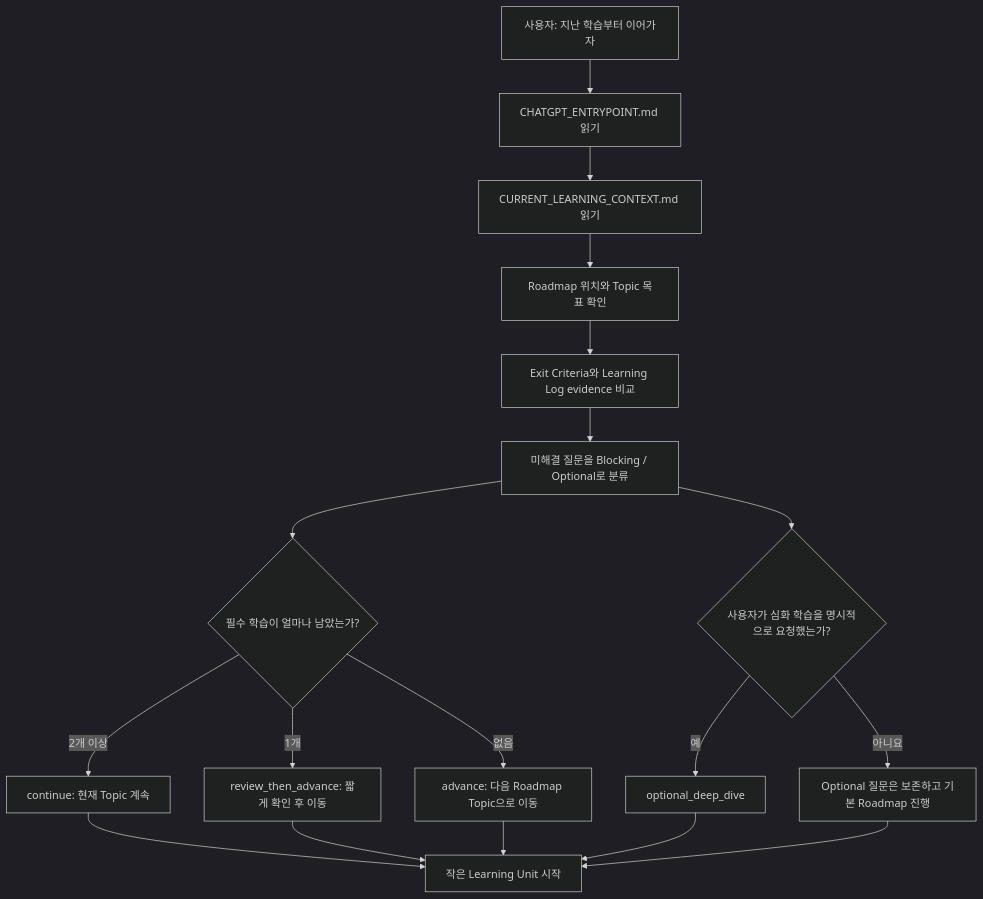
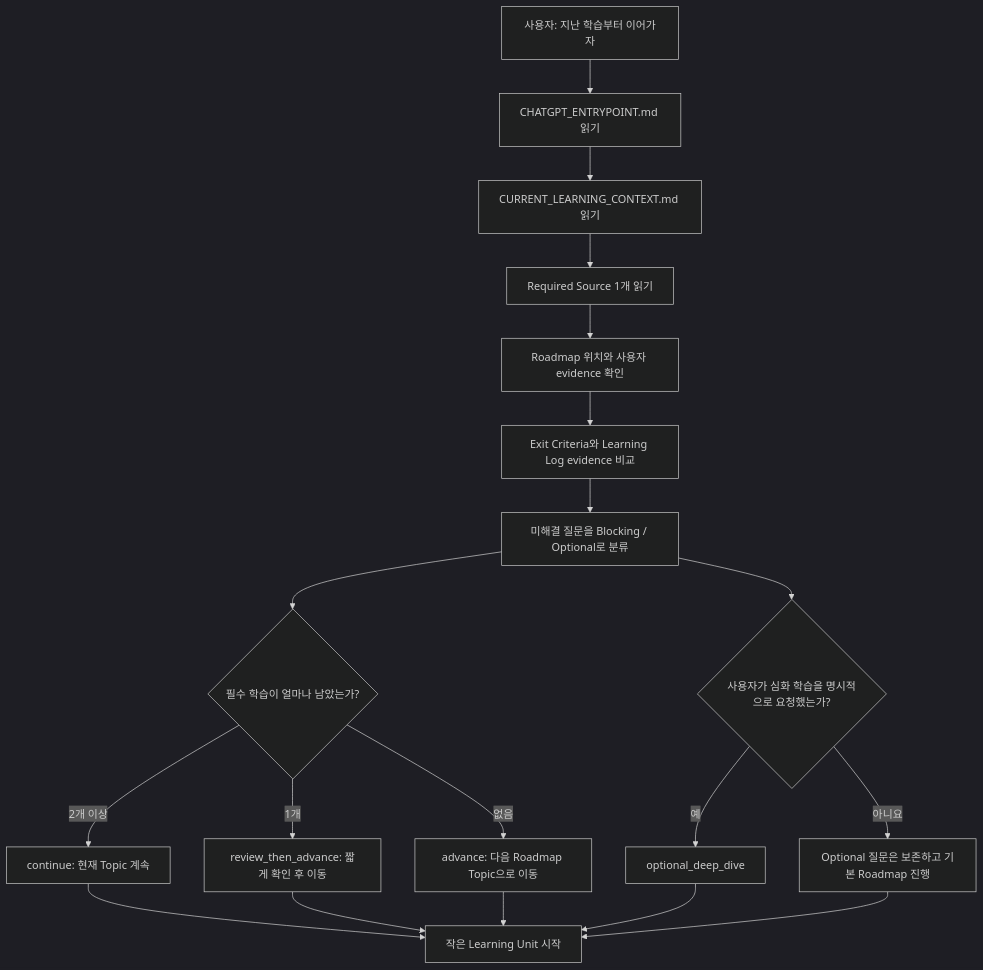
The second of 2 diagrams in README.md (thisisjskim/ai-semiconductor-study), drawn with Mermaid (dark theme) before and after one commit. The commit also changed other lines of this file and 7 other files, not shown here.

````diff
--- a/README.md
+++ b/README.md
@@ -62,20 +62,21 @@
 ```mermaid
 flowchart TD
     A["사용자: 지난 학습부터 이어가자"] --> B["CHATGPT_ENTRYPOINT.md 읽기"]
     B --> C["CURRENT_LEARNING_CONTEXT.md 읽기"]
-    C --> D["Roadmap 위치와 Topic 목표 확인"]
+    C --> C2["Required Source 1개 읽기"]
+    C2 --> D["Roadmap 위치와 사용자 evidence 확인"]
     D --> E["Exit Criteria와 Learning Log evidence 비교"]
     E --> F["미해결 질문을 Blocking / Optional로 분류"]
     F --> G{"필수 학습이 얼마나 남았는가?"}
     G -- "2개 이상" --> H["continue: 현재 Topic 계속"]
     G -- "1개" --> I["review_then_advance: 짧게 확인 후 이동"]
     G -- "없음" --> J["advance: 다음 Roadmap Topic으로 이동"]
     F --> K{"사용자가 심화 학습을 명시적으로 요청했는가?"}
     K -- "예" --> L["optional_deep_dive"]
     K -- "아니요" --> M["Optional 질문은 보존하고 기본 Roadmap 진행"]
     H --> N["작은 Learning Unit 시작"]
     I --> N
     J --> N
     L --> N
     M --> N
 ```
````
